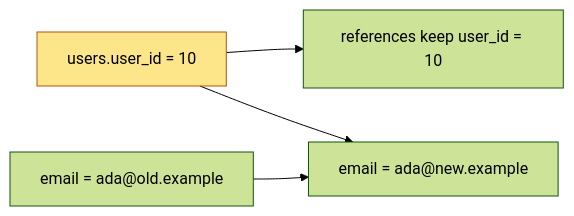
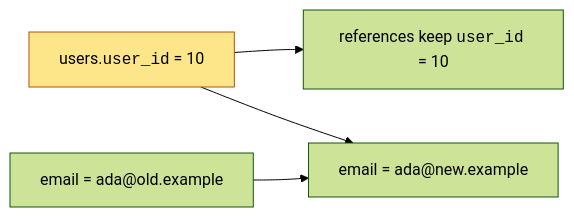
One commit to dataslope/dataslope changed the fifth of 7 diagrams in content/learn/database-design-postgresql/natural-vs-surrogate-keys.mdx. Above: the diagram before and after it, drawn with Mermaid (forest theme). The commit also changed other lines of this file and 153 other files, not shown here.

First line of the commit message:
Render code-only mermaid shapes in monospace; convert step sequences to Steps

````diff
--- a/content/learn/database-design-postgresql/natural-vs-surrogate-keys.mdx
+++ b/content/learn/database-design-postgresql/natural-vs-surrogate-keys.mdx
@@ -159,7 +159,7 @@
 ```mermaid
 flowchart LR
-    ID["users.user_id = 10"]:::pk --> R["references keep user_id = 10"]
+    ID["users.<code>user_id</code> = 10"]:::pk --> R["references keep <code>user_id</code> = 10"]
     E1["email = ada@old.example"] --> E2["email = ada@new.example"]
     ID --> E2
     classDef pk fill:#fde68a,stroke:#b45309
 ```
````
